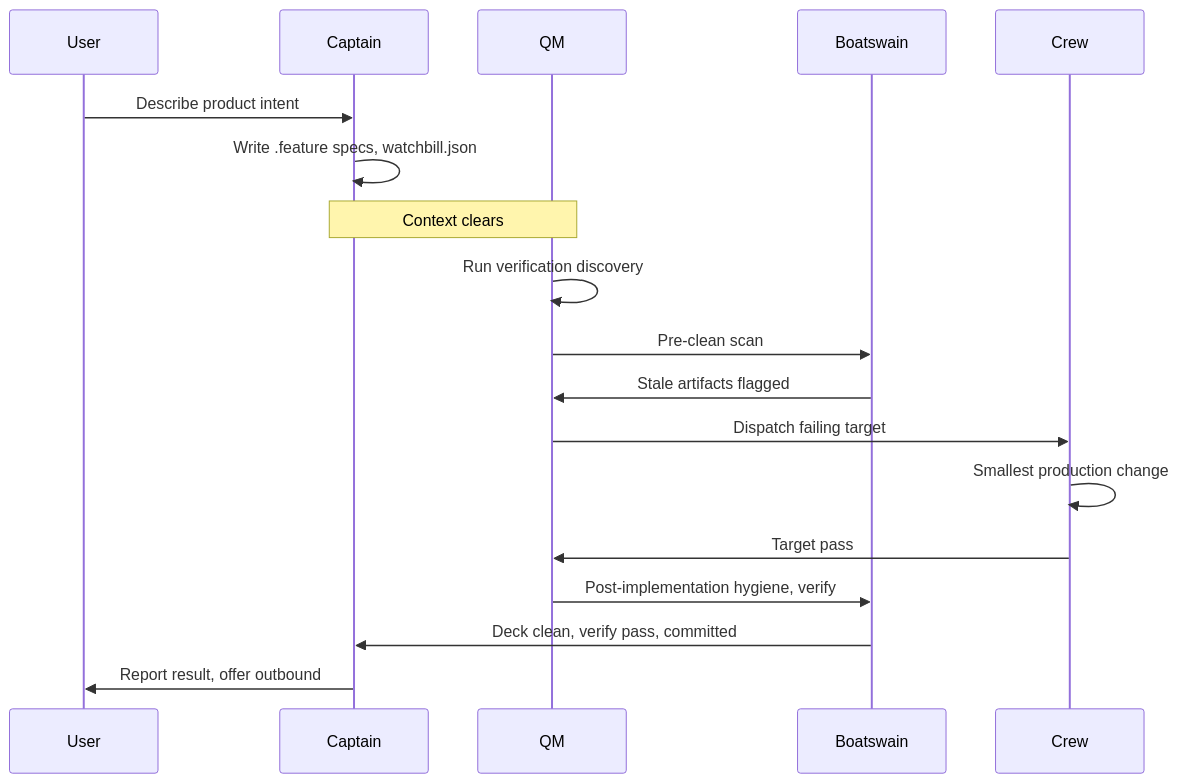
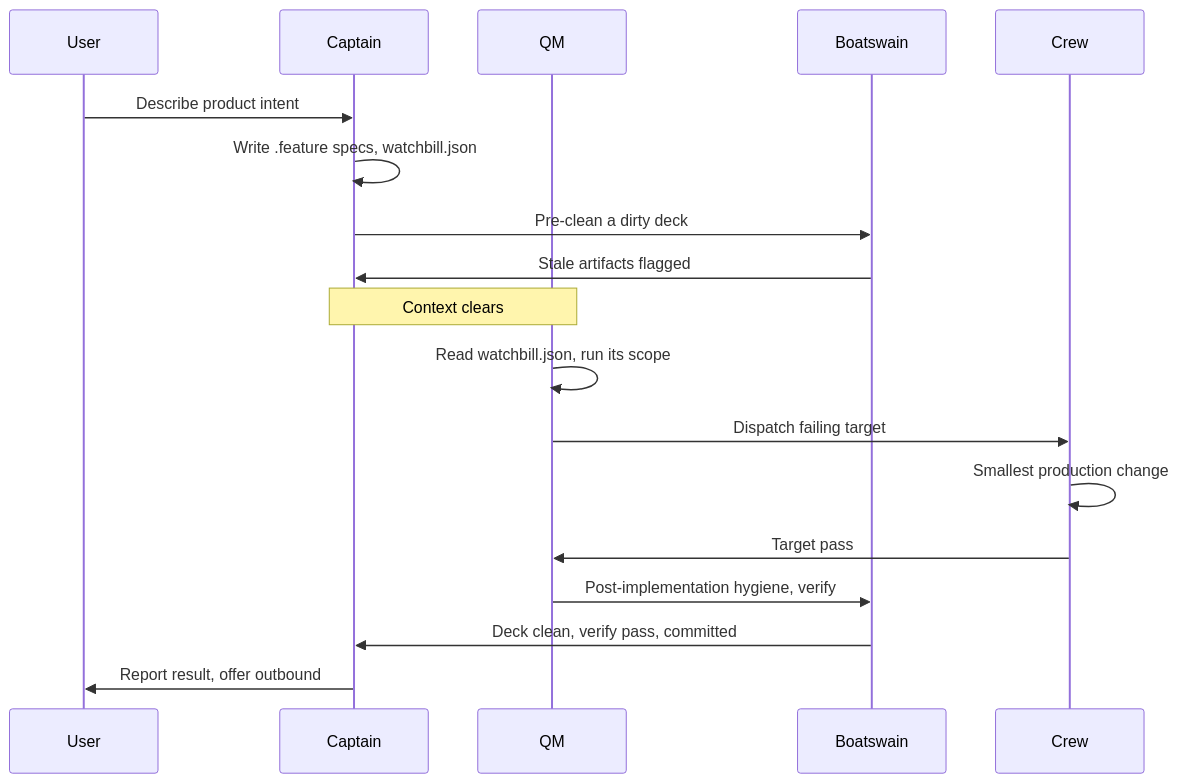
The first of 2 diagrams in README.md (dmytri/shipshape), drawn with Mermaid before and after one commit. The commit also changed other lines of this file and 21 other files, not shown here.

````diff
--- a/README.md
+++ b/README.md
@@ -80,21 +80,21 @@
 ```mermaid
 sequenceDiagram
     participant User
     participant Captain
     participant QM
     participant Boatswain
     participant Crew
 
     User->>Captain: Describe product intent
     Captain->>Captain: Write .feature specs, watchbill.json
+    Captain->>Boatswain: Pre-clean a dirty deck
+    Boatswain->>Captain: Stale artifacts flagged
     Note over Captain,QM: Context clears
-    QM->>QM: Run verification discovery
-    QM->>Boatswain: Pre-clean scan
-    Boatswain->>QM: Stale artifacts flagged
+    QM->>QM: Read watchbill.json, run its scope
     QM->>Crew: Dispatch failing target
     Crew->>Crew: Smallest production change
     Crew->>QM: Target pass
     QM->>Boatswain: Post-implementation hygiene, verify
     Boatswain->>Captain: Deck clean, verify pass, committed
     Captain->>User: Report result, offer outbound
 ```
````
